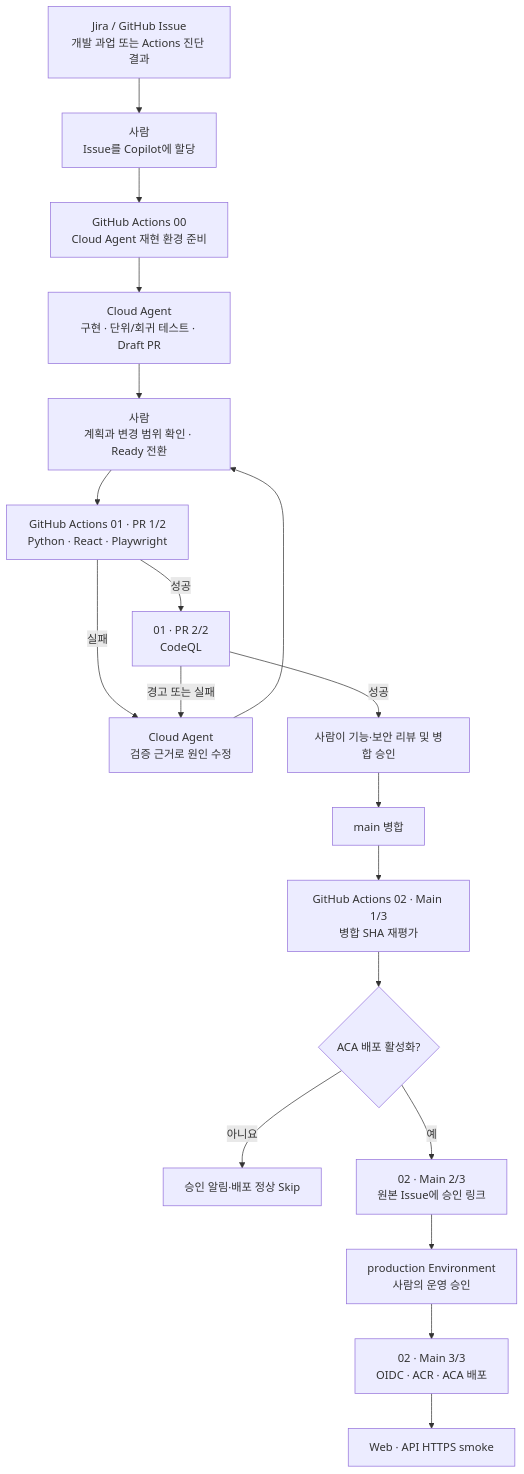
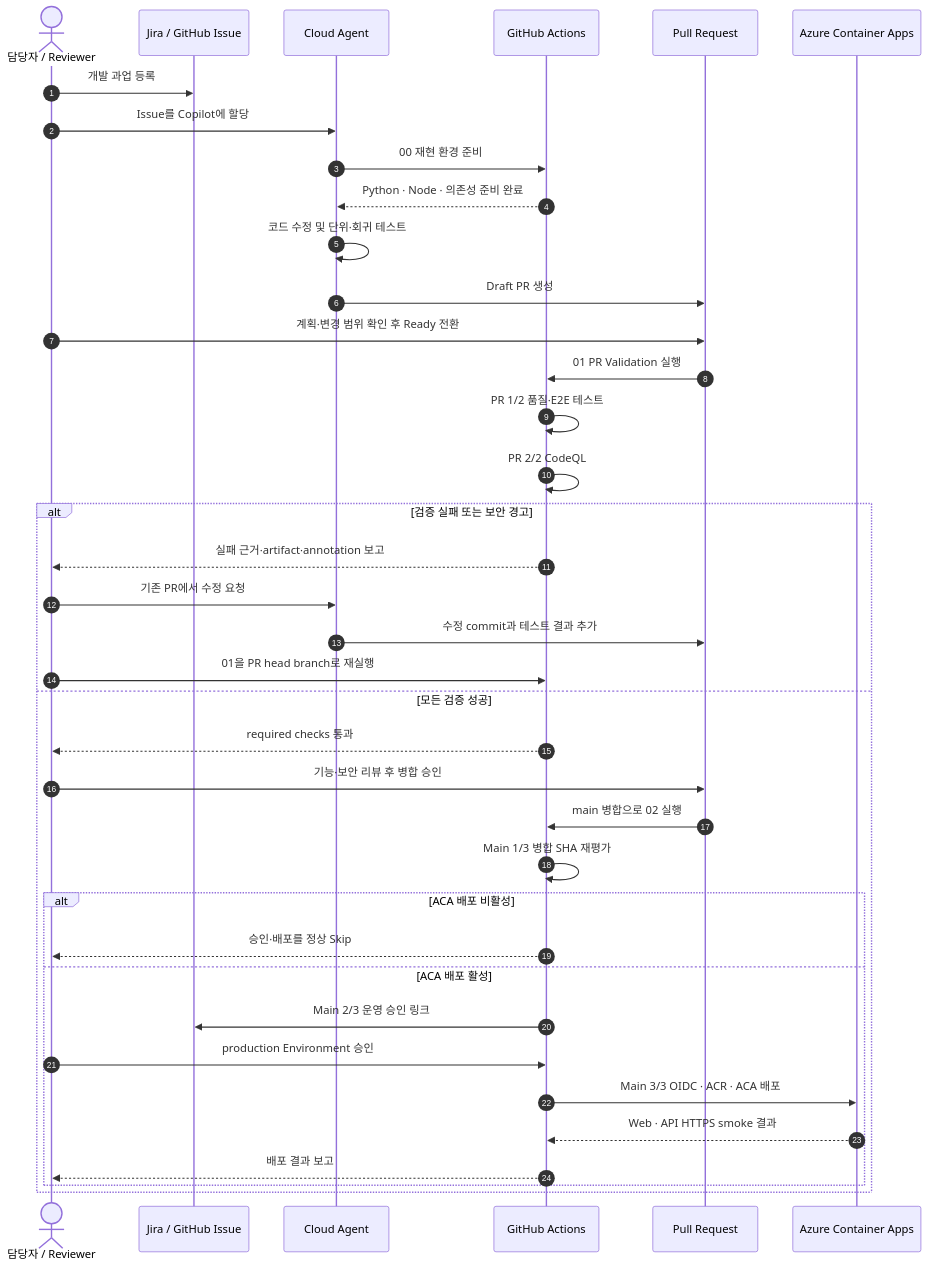
Before and after one commit to hijigoo/dev-agent-workflow: the first of 2 diagrams in README.md, drawn with Mermaid. The commit also changed other lines of this file, not shown here.

Commit message:
docs: simplify pipeline with sequence diagrams
Replace the dense flowcharts with actor-oriented sequences for the main Agentic DevOps lifecycle and the manual diagnosis-to-remediation loop.

````diff
--- a/README.md
+++ b/README.md
@@ -27,21 +27,42 @@
 ```mermaid
-flowchart TD
-    issue["Jira / GitHub Issue<br/>개발 과업 또는 Actions 진단 결과"] --> assign["사람<br/>Issue를 Copilot에 할당"]
-    assign --> setup["GitHub Actions 00<br/>Cloud Agent 재현 환경 준비"]
-    setup --> agent["Cloud Agent<br/>구현 · 단위/회귀 테스트 · Draft PR"]
-    agent --> ready["사람<br/>계획과 변경 범위 확인 · Ready 전환"]
-    ready --> quality["GitHub Actions 01 · PR 1/2<br/>Python · React · Playwright"]
-    quality -->|"성공"| codeql["01 · PR 2/2<br/>CodeQL"]
-    quality -->|"실패"| fix["Cloud Agent<br/>검증 근거로 원인 수정"]
-    codeql -->|"경고 또는 실패"| fix
-    fix --> ready
-    codeql -->|"성공"| review["사람이 기능·보안 리뷰 및 병합 승인"]
-    review --> merge["main 병합"]
-    merge --> evaluate["GitHub Actions 02 · Main 1/3<br/>병합 SHA 재평가"]
-    evaluate --> enabled{"ACA 배포 활성화?"}
-    enabled -->|"아니요"| skip["승인 알림·배포 정상 Skip"]
-    enabled -->|"예"| notice["02 · Main 2/3<br/>원본 Issue에 승인 링크"]
-    notice --> approval["production Environment<br/>사람의 운영 승인"]
-    approval --> deploy["02 · Main 3/3<br/>OIDC · ACR · ACA 배포"]
-    deploy --> smoke["Web · API HTTPS smoke"]
+sequenceDiagram
+    autonumber
+    actor Human as 담당자 / Reviewer
+    participant Issue as Jira / GitHub Issue
+    participant Agent as Cloud Agent
+    participant Actions as GitHub Actions
+    participant PR as Pull Request
+    participant Azure as Azure Container Apps
+
+    Human->>Issue: 개발 과업 등록
+    Human->>Agent: Issue를 Copilot에 할당
+    Agent->>Actions: 00 재현 환경 준비
+    Actions-->>Agent: Python · Node · 의존성 준비 완료
+    Agent->>Agent: 코드 수정 및 단위·회귀 테스트
+    Agent->>PR: Draft PR 생성
+    Human->>PR: 계획·변경 범위 확인 후 Ready 전환
+    PR->>Actions: 01 PR Validation 실행
+    Actions->>Actions: PR 1/2 품질·E2E 테스트
+    Actions->>Actions: PR 2/2 CodeQL
+
+    alt 검증 실패 또는 보안 경고
+        Actions-->>Human: 실패 근거·artifact·annotation 보고
+        Human->>Agent: 기존 PR에서 수정 요청
+        Agent->>PR: 수정 commit과 테스트 결과 추가
+        Human->>Actions: 01을 PR head branch로 재실행
+    else 모든 검증 성공
+        Actions-->>Human: required checks 통과
+        Human->>PR: 기능·보안 리뷰 후 병합 승인
+        PR->>Actions: main 병합으로 02 실행
+        Actions->>Actions: Main 1/3 병합 SHA 재평가
+        alt ACA 배포 비활성
+            Actions-->>Human: 승인·배포를 정상 Skip
+        else ACA 배포 활성
+            Actions->>Issue: Main 2/3 운영 승인 링크
+            Human->>Actions: production Environment 승인
+            Actions->>Azure: Main 3/3 OIDC · ACR · ACA 배포
+            Azure-->>Actions: Web · API HTTPS smoke 결과
+            Actions-->>Human: 배포 결과 보고
+        end
+    end
 ```
````
